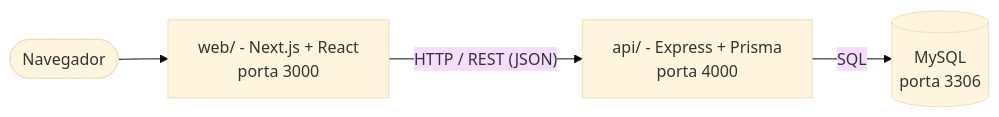
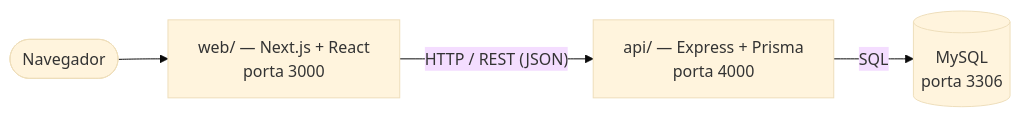
Before and after one commit to Gabriel-B-Toledo/AV3: the diagram in README.md, drawn with Mermaid (base theme). The commit also changed other lines of this file, not shown here.

````diff
--- a/README.md
+++ b/README.md
@@ -170,6 +121,6 @@
 ```mermaid
 flowchart LR
-    U([Navegador]) --> W["web/ - Next.js + React<br/>porta 3000"]
-    W -- "HTTP / REST (JSON)" --> A["api/ - Express + Prisma<br/>porta 4000"]
+    U([Navegador]) --> W["web/ — Next.js + React<br/>porta 3000"]
+    W -- "HTTP / REST (JSON)" --> A["api/ — Express + Prisma<br/>porta 4000"]
     A -- "SQL" --> DB[("MySQL<br/>porta 3306")]
 ```
````
